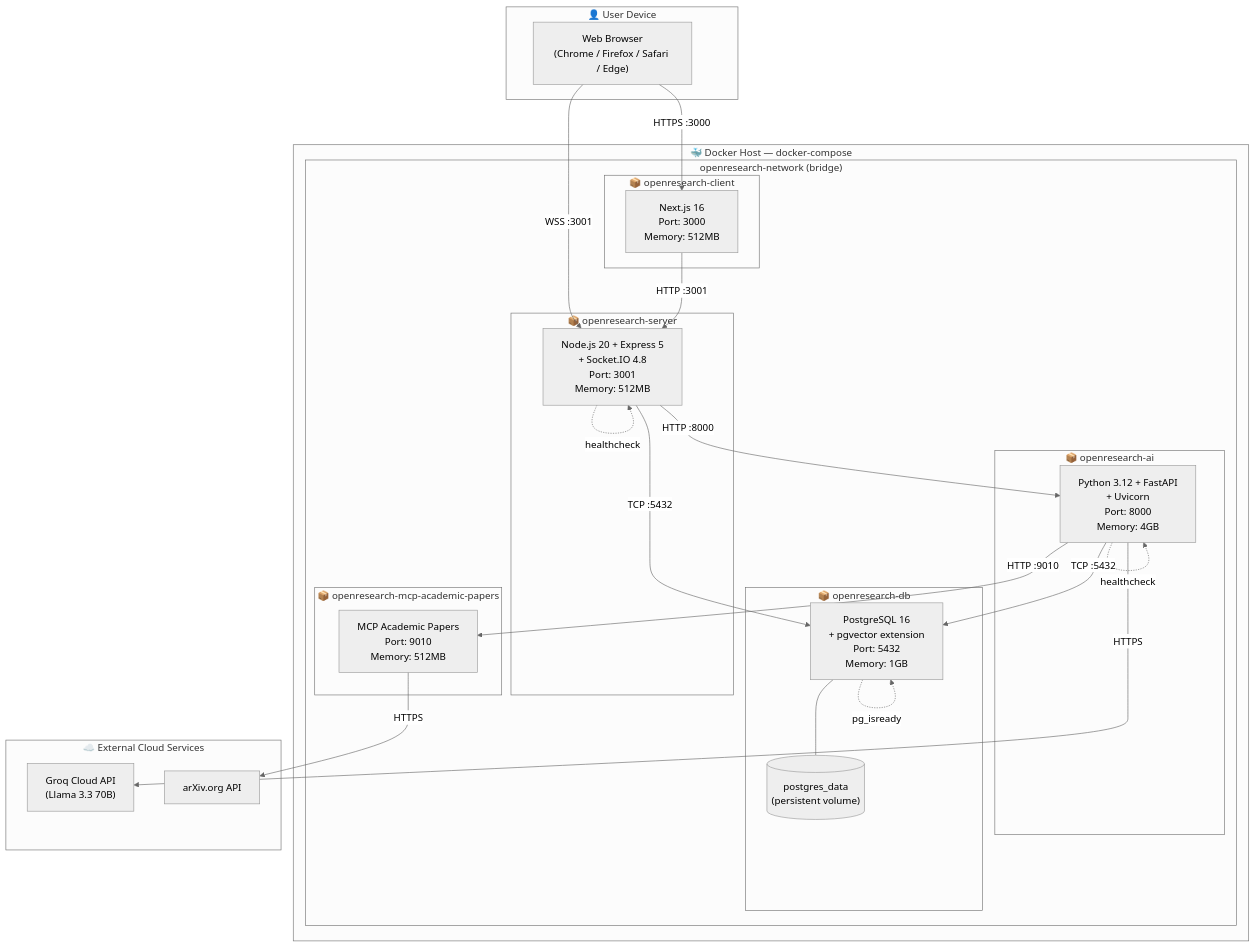
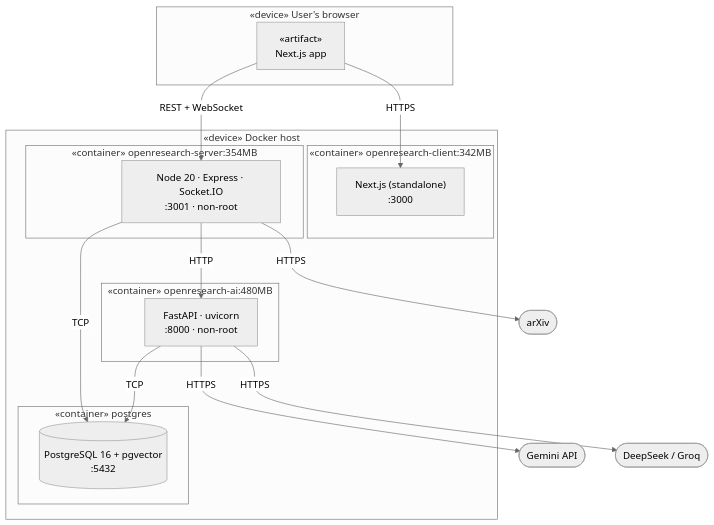
One commit to BRUH-MAIN/OpenResearch changed diagram 14 of 14 in docs/UML-Diagrams.md. Above: the diagram before and after it, drawn with Mermaid (neutral theme). The commit also changed other lines of this file and 1 other file, not shown here.

First line of the commit message:
docs: regenerate SRS and UML against the implemented system

````diff
--- a/docs/UML-Diagrams.md
+++ b/docs/UML-Diagrams.md
@@ -628,58 +587,34 @@
 ```mermaid
 graph TB
-    subgraph UserDevice ["👤 User Device"]
-        Browser["Web Browser<br/>(Chrome / Firefox / Safari / Edge)"]
+    subgraph Browser["«device» User's browser"]
+        SPA["«artifact»<br/>Next.js app"]
     end
 
-    subgraph DockerHost ["🐳 Docker Host — docker-compose"]
-        subgraph Network ["openresearch-network (bridge)"]
-
-            subgraph ClientContainer ["📦 openresearch-client"]
-                NextJS["Next.js 16<br/>Port: 3000<br/>Memory: 512MB"]
-            end
-
-            subgraph ServerContainer ["📦 openresearch-server"]
-                Express["Node.js 20 + Express 5<br/>+ Socket.IO 4.8<br/>Port: 3001<br/>Memory: 512MB"]
-            end
-
-            subgraph AIContainer ["📦 openresearch-ai"]
-                FastAPI["Python 3.12 + FastAPI<br/>+ Uvicorn<br/>Port: 8000<br/>Memory: 4GB"]
-            end
-
-            subgraph MCPContainer ["📦 openresearch-mcp-academic-papers"]
-                MCPServer["MCP Academic Papers<br/>Port: 9010<br/>Memory: 512MB"]
-            end
-
-            subgraph DBContainer ["📦 openresearch-db"]
-                Postgres["PostgreSQL 16<br/>+ pgvector extension<br/>Port: 5432<br/>Memory: 1GB"]
-                Volume[("postgres_data<br/>(persistent volume)")]
-            end
-
+    subgraph Host["«device» Docker host"]
+        subgraph N1["«container» openresearch-client:342MB"]
+            C["Next.js (standalone)<br/>:3000"]
+        end
+        subgraph N2["«container» openresearch-server:354MB"]
+            S["Node 20 · Express · Socket.IO<br/>:3001 · non-root"]
+        end
+        subgraph N3["«container» openresearch-ai:480MB"]
+            A["FastAPI · uvicorn<br/>:8000 · non-root"]
+        end
+        subgraph N4["«container» postgres"]
+            P[("PostgreSQL 16 + pgvector<br/>:5432")]
         end
     end
 
-    subgraph ExternalServices ["☁️ External Cloud Services"]
-        GroqCloud["Groq Cloud API<br/>(Llama 3.3 70B)"]
-        ArXivService["arXiv.org API"]
-    end
+    Ext1(["Gemini API"])
+    Ext2(["DeepSeek / Groq"])
+    Ext3(["arXiv"])
 
-    %% Connections
-    Browser -->|"HTTPS :3000"| NextJS
-    Browser -->|"WSS :3001"| Express
-
-    NextJS -->|"HTTP :3001"| Express
-    Express -->|"HTTP :8000"| FastAPI
-    FastAPI -->|"HTTP :9010"| MCPServer
-
-    Express -->|"TCP :5432"| Postgres
-    FastAPI -->|"TCP :5432"| Postgres
-    Postgres --- Volume
-
-    FastAPI -->|"HTTPS"| GroqCloud
-    MCPServer -->|"HTTPS"| ArXivService
-
-    %% Health Checks
-    Express -.->|healthcheck| Express
-    FastAPI -.->|healthcheck| FastAPI
-    Postgres -.->|pg_isready| Postgres
+    SPA -->|HTTPS| C
+    SPA -->|REST + WebSocket| S
+    S -->|HTTP| A
+    S -->|TCP| P
+    A -->|TCP| P
+    A -->|HTTPS| Ext1
+    A -->|HTTPS| Ext2
+    S -->|HTTPS| Ext3
 ```
````
